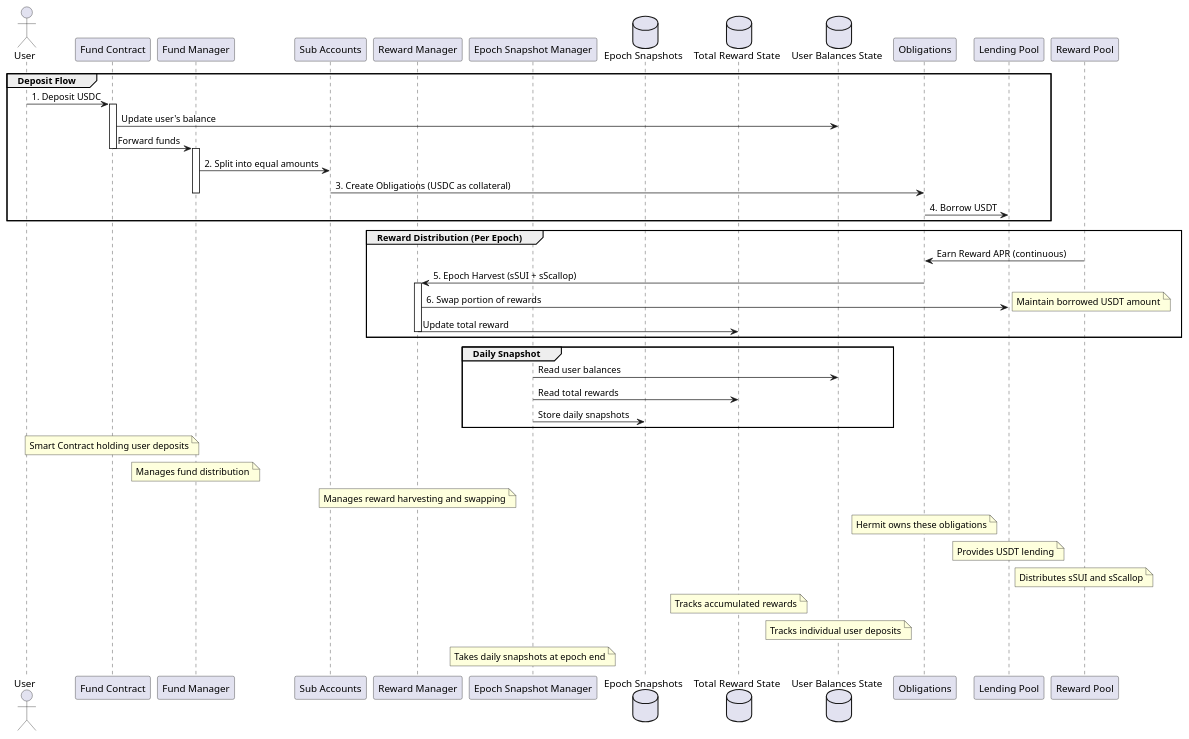
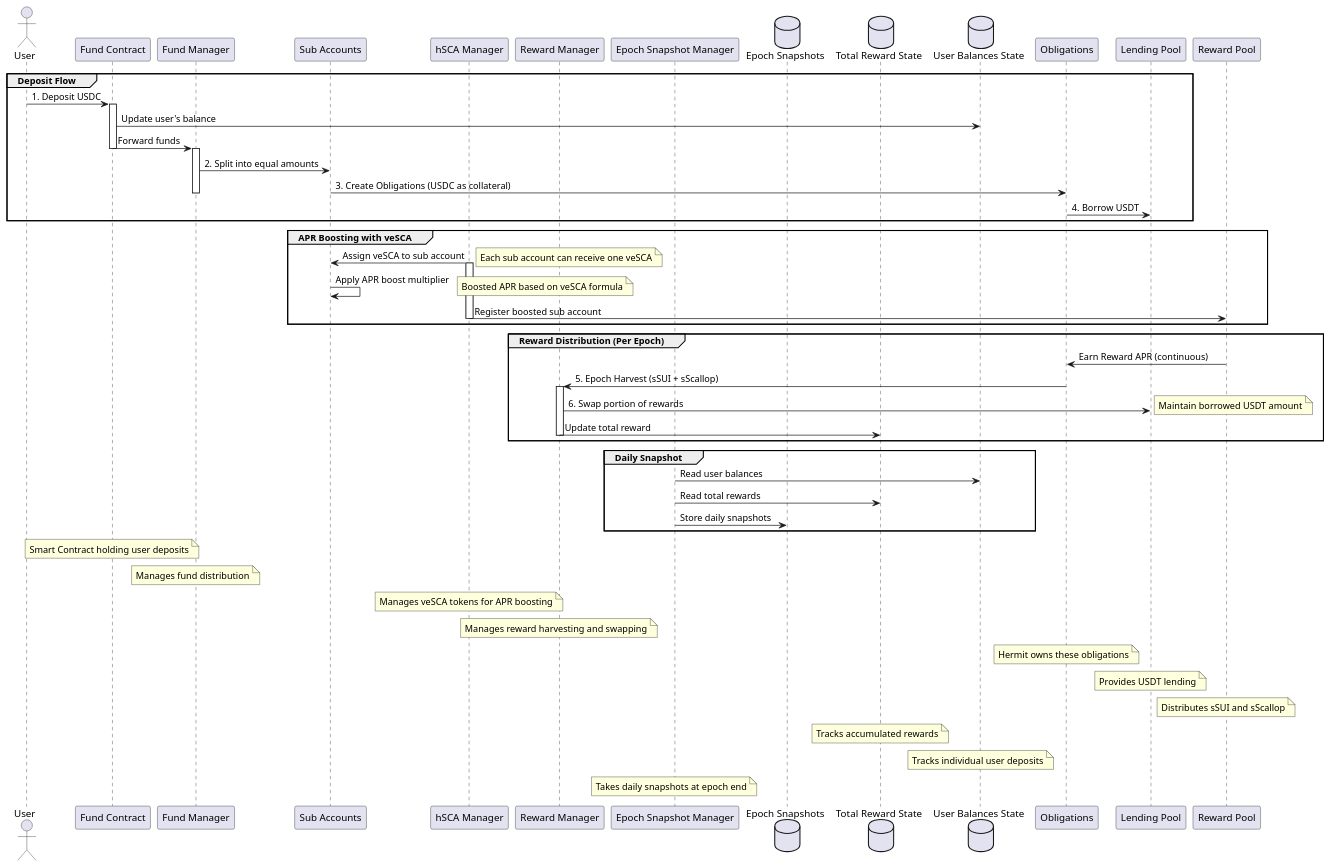
One commit to nierdna/hermit-diagrams changed the diagram in deposit_flow_sequence.wsd. Above: the diagram before and after it, drawn with PlantUML.

Commit message:
Add APR Boosting Flow to Deposit Sequence Diagram
Enhance deposit flow sequence diagram by:
- Introducing hSCA Manager as a new participant
- Adding APR Boosting with veSCA group to illustrate token assignment and APR multiplier
- Providing notes on veSCA token management and boosting mechanism

```diff
--- a/deposit_flow_sequence.wsd
+++ b/deposit_flow_sequence.wsd
@@ -1,75 +1,90 @@
 @startuml Hermit Deposit Flow Sequence
 
 ' Define participants
 actor User
 participant "Fund Contract" as Fund
 participant "Fund Manager" as FundManager
 participant "Sub Accounts" as SubAccounts
+participant "hSCA Manager" as hSCAManager
 participant "Reward Manager" as RewardManager
 participant "Epoch Snapshot Manager" as SnapshotManager
 database "Epoch Snapshots" as EpochSnapshots
 database "Total Reward State" as TotalReward
 database "User Balances State" as UserBalances
 participant "Obligations" as Obligations
 participant "Lending Pool" as LendingPool
 participant "Reward Pool" as RewardPool
 
 ' Style
 skinparam sequence {
     ParticipantBackgroundColor LightBlue
     ActorBackgroundColor LightGreen
     DatabaseBackgroundColor LightPink
     LifeLineColor Gray
     BorderColor Black
 }
 
 ' Initial Deposit Flow
 group Deposit Flow
     User -> Fund: 1. Deposit USDC
     activate Fund
     
     Fund -> UserBalances: Update user's balance
     Fund -> FundManager: Forward funds
     deactivate Fund
     
     activate FundManager
     FundManager -> SubAccounts: 2. Split into equal amounts
     SubAccounts -> Obligations: 3. Create Obligations (USDC as collateral)
     deactivate FundManager
     
     Obligations -> LendingPool: 4. Borrow USDT
 end
 
+' APR Boosting Flow
+group APR Boosting with veSCA
+    hSCAManager -> SubAccounts: Assign veSCA to sub account
+    activate hSCAManager
+    note right: Each sub account can receive one veSCA
+    
+    SubAccounts -> SubAccounts: Apply APR boost multiplier
+    note right: Boosted APR based on veSCA formula
+    
+    hSCAManager -> RewardPool: Register boosted sub account
+    deactivate hSCAManager
+end
+
 ' Reward Flow
 group Reward Distribution (Per Epoch)
     RewardPool -> Obligations: Earn Reward APR (continuous)
     
     Obligations -> RewardManager: 5. Epoch Harvest (sSUI + sScallop)
     activate RewardManager
     
     RewardManager -> LendingPool: 6. Swap portion of rewards
     note right: Maintain borrowed USDT amount
     
     RewardManager -> TotalReward: Update total reward
     deactivate RewardManager
 end
 
 ' Snapshot Flow
 group Daily Snapshot
     SnapshotManager -> UserBalances: Read user balances
     SnapshotManager -> TotalReward: Read total rewards
     SnapshotManager -> EpochSnapshots: Store daily snapshots
 end
 
 ' Add notes
 note over Fund: Smart Contract holding user deposits
 note over FundManager: Manages fund distribution
+note over hSCAManager: Manages veSCA tokens for APR boosting
 note over RewardManager: Manages reward harvesting and swapping
 note over Obligations: Hermit owns these obligations
 note over LendingPool: Provides USDT lending
 note over RewardPool: Distributes sSUI and sScallop
 note over TotalReward: Tracks accumulated rewards
 note over UserBalances: Tracks individual user deposits
 note over SnapshotManager: Takes daily snapshots at epoch end
 
 @enduml 
```
